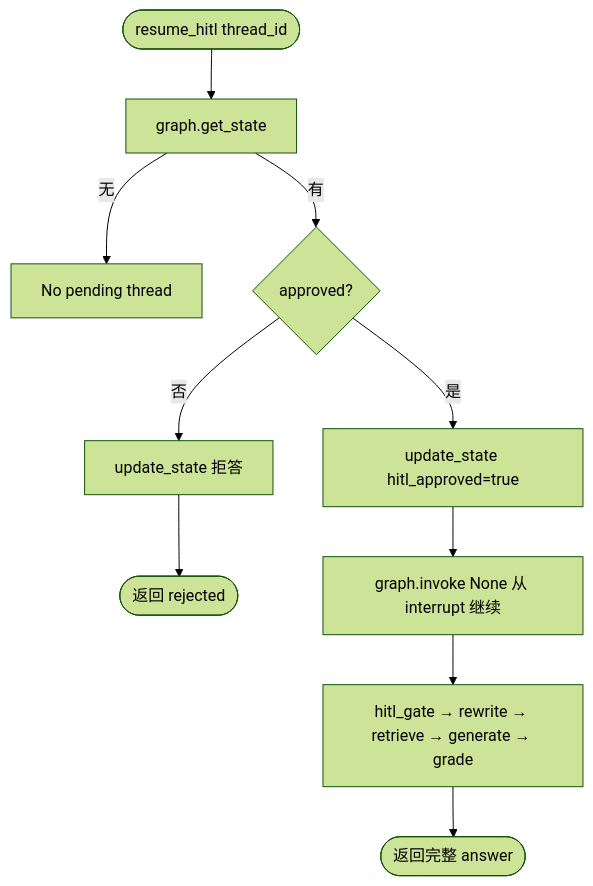
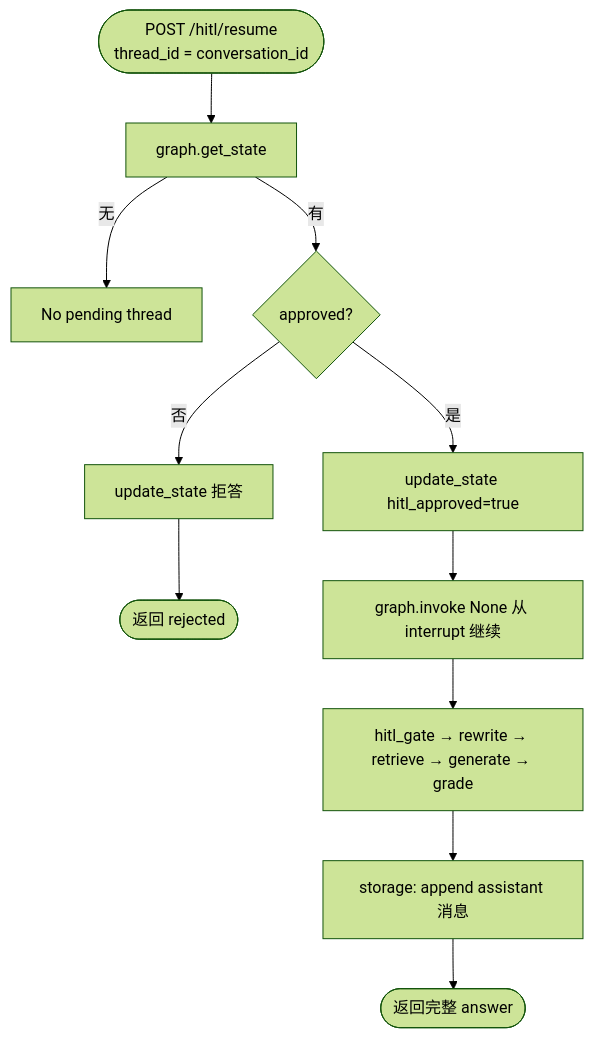
The tenth of 22 diagrams in project_00_rag_agent/docs/architecture.md (charlie-chann/ai-agent-langgraph-main), drawn with Mermaid (forest theme) before and after one commit. The commit also changed other lines of this file and 28 other files, not shown here.

Commit message:
docs(project_00): 补充架构图与 Docker/对话链路文档

````diff
--- a/project_00_rag_agent/docs/architecture.md
+++ b/project_00_rag_agent/docs/architecture.md
@@ -398,14 +473,15 @@
 ```mermaid
 flowchart TD
-    START([resume_hitl thread_id]) --> SNAP[graph.get_state]
+    START([POST /hitl/resume<br/>thread_id = conversation_id]) --> SNAP[graph.get_state]
     SNAP -->|无| ERR[No pending thread]
     SNAP -->|有| APPROVE{approved?}
 
     APPROVE -->|否| REJECT[update_state 拒答]
     REJECT --> END1([返回 rejected])
 
     APPROVE -->|是| UPDATE[update_state hitl_approved=true]
     UPDATE --> RESUME[graph.invoke None 从 interrupt 继续]
     RESUME --> FLOW[hitl_gate → rewrite → retrieve → generate → grade]
-    FLOW --> END2([返回完整 answer])
+    FLOW --> SAVE[storage: append assistant 消息]
+    SAVE --> END2([返回完整 answer])
 ```
````
